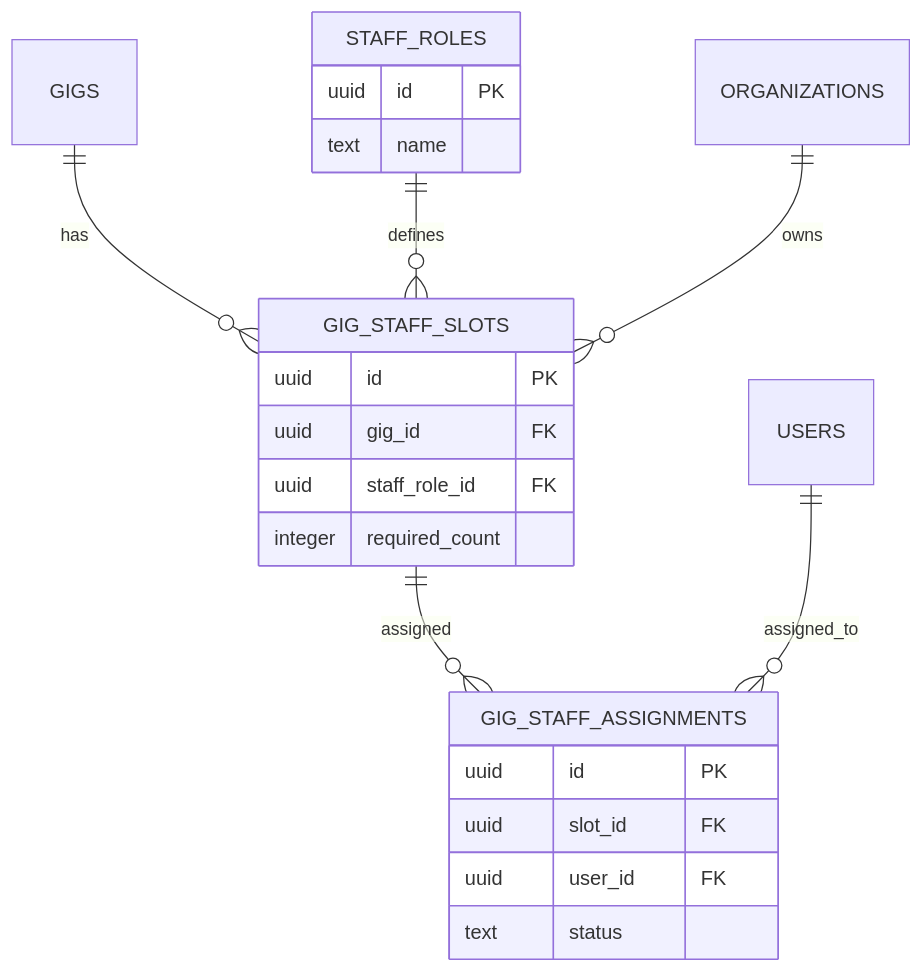
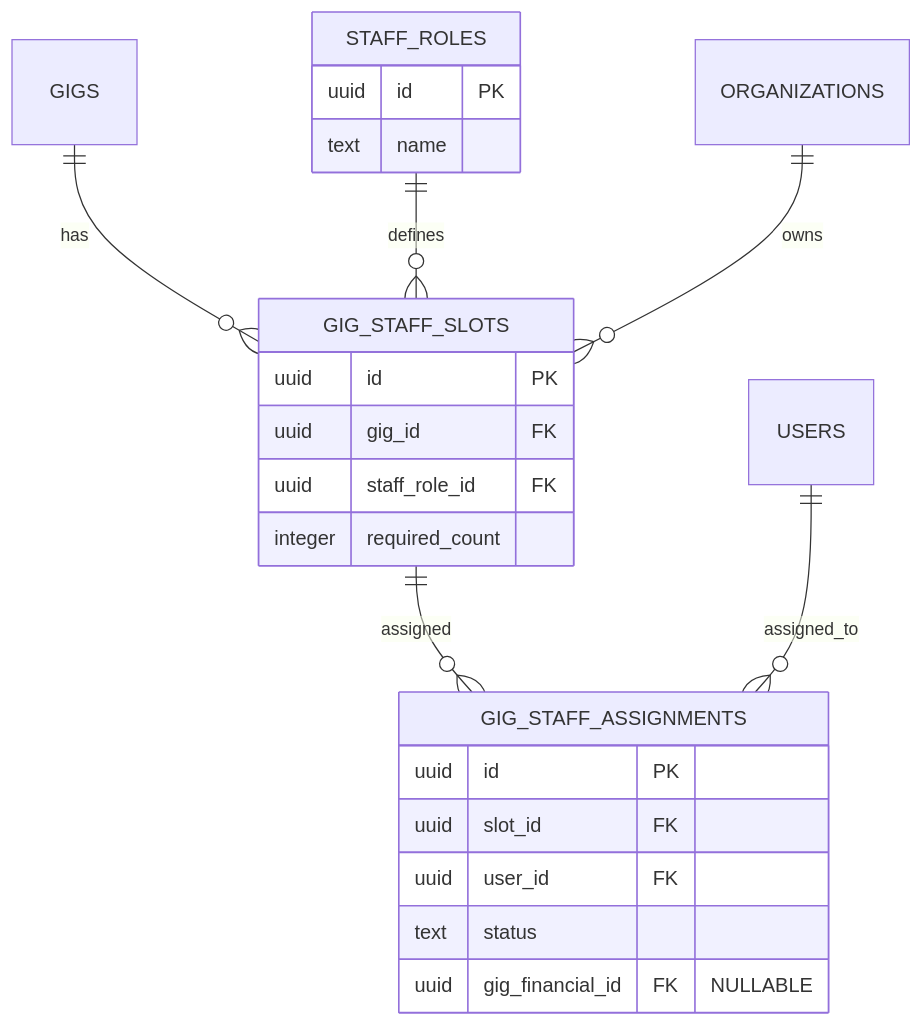
The sixth of 7 diagrams in docs/technical/database.md (corourke/GigManager), drawn with Mermaid before and after one commit. The commit also changed other lines of this file, not shown here.

````diff
--- a/docs/technical/database.md
+++ b/docs/technical/database.md
@@ -693,25 +782,26 @@
 ```mermaid
 erDiagram
     STAFF_ROLES {
         uuid id PK
         text name
     }
     GIG_STAFF_SLOTS {
         uuid id PK
         uuid gig_id FK
         uuid staff_role_id FK
         integer required_count
     }
     GIG_STAFF_ASSIGNMENTS {
         uuid id PK
         uuid slot_id FK
         uuid user_id FK
         text status
+        uuid gig_financial_id FK "NULLABLE"
     }
 
     GIGS ||--o{ GIG_STAFF_SLOTS : has
     STAFF_ROLES ||--o{ GIG_STAFF_SLOTS : defines
     ORGANIZATIONS ||--o{ GIG_STAFF_SLOTS : owns
     GIG_STAFF_SLOTS ||--o{ GIG_STAFF_ASSIGNMENTS : assigned
     USERS ||--o{ GIG_STAFF_ASSIGNMENTS : assigned_to
 ```
````
